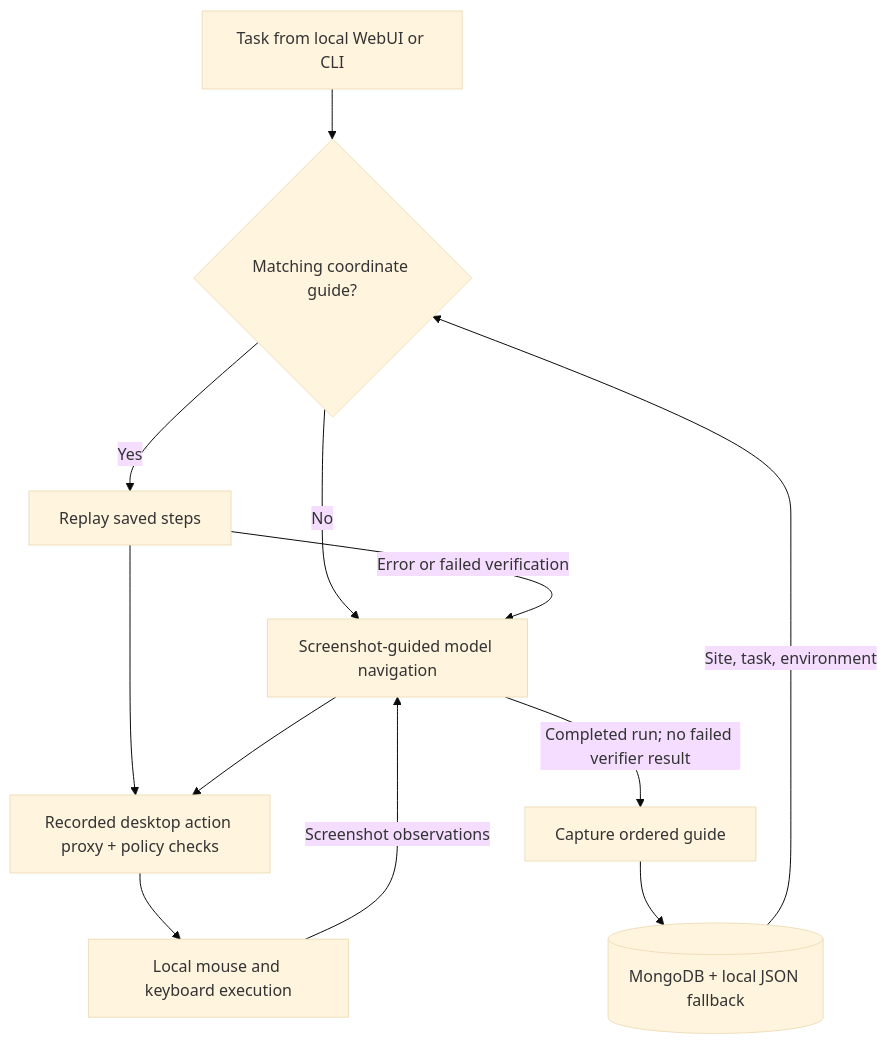
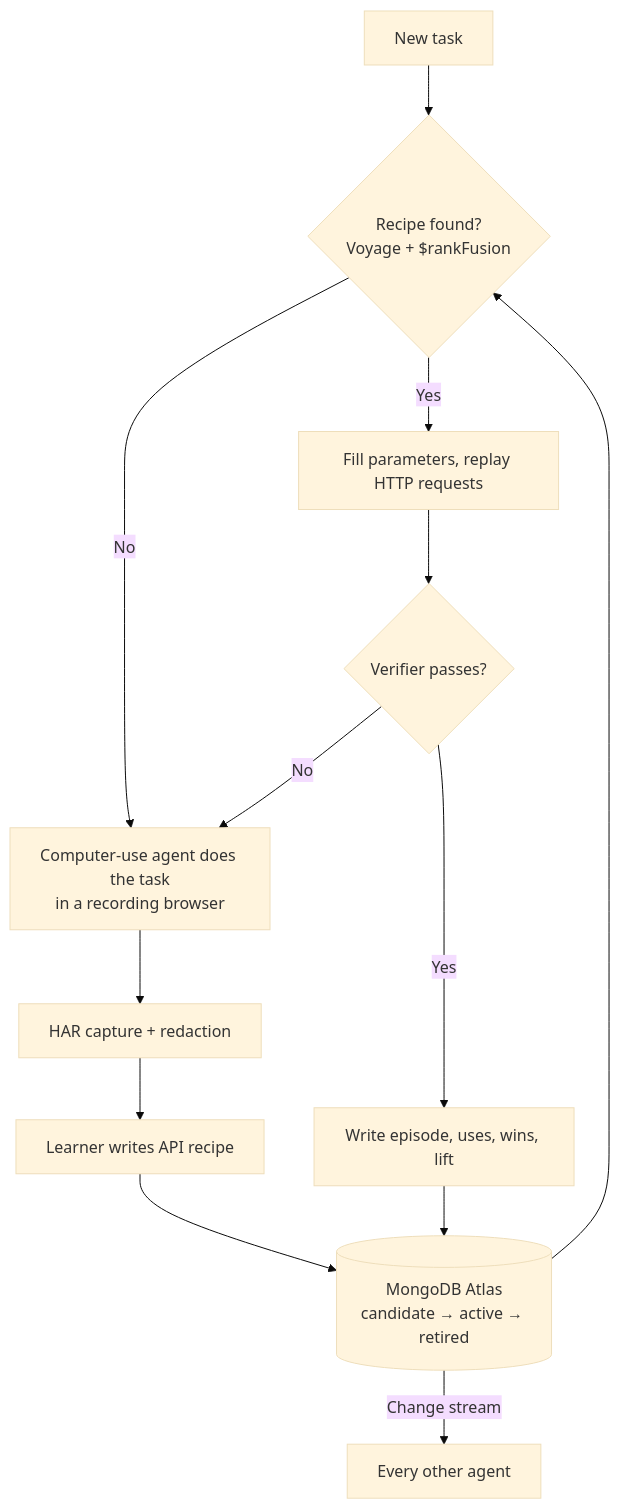
One commit to Adarsha-gg/self-improving-computer-use changed the diagram in README.md. Above: the diagram before and after it, drawn with Mermaid (base theme). The commit also changed other lines of this file, not shown here.

First line of the commit message:
Rewrite README around the MongoDB layer and recipe learner

````diff
--- a/README.md
+++ b/README.md
@@ -116,14 +48,15 @@
 ```mermaid
 flowchart TD
-    Task["Task from local WebUI or CLI"] --> Lookup{"Matching coordinate guide?"}
-    Store[("MongoDB + local JSON fallback")] -->|Site, task, environment| Lookup
-    Lookup -->|Yes| Replay["Replay saved steps"]
-    Lookup -->|No| Agent["Screenshot-guided model navigation"]
-    Replay -->|Error or failed verification| Agent
-    Replay --> Boundary["Recorded desktop action proxy + policy checks"]
-    Agent --> Boundary
-    Boundary --> Desktop["Local mouse and keyboard execution"]
-    Desktop -->|Screenshot observations| Agent
-    Agent -->|Completed run; no failed verifier result| Capture["Capture ordered guide"]
-    Capture --> Store
+    Task["New task"] --> Find{"Recipe found?<br/>Voyage + $rankFusion"}
+    Find -->|Yes| Replay["Fill parameters, replay HTTP requests"]
+    Find -->|No| CU["Computer-use agent does the task<br/>in a recording browser"]
+    Replay --> Verify{"Verifier passes?"}
+    Verify -->|Yes| Record["Write episode, uses, wins, lift"]
+    Verify -->|No| CU
+    CU --> HAR["HAR capture + redaction"]
+    HAR --> Learn["Learner writes API recipe"]
+    Learn --> Atlas[("MongoDB Atlas<br/>candidate → active → retired")]
+    Record --> Atlas
+    Atlas -->|Change stream| Agents["Every other agent"]
+    Atlas --> Find
 ```
````
